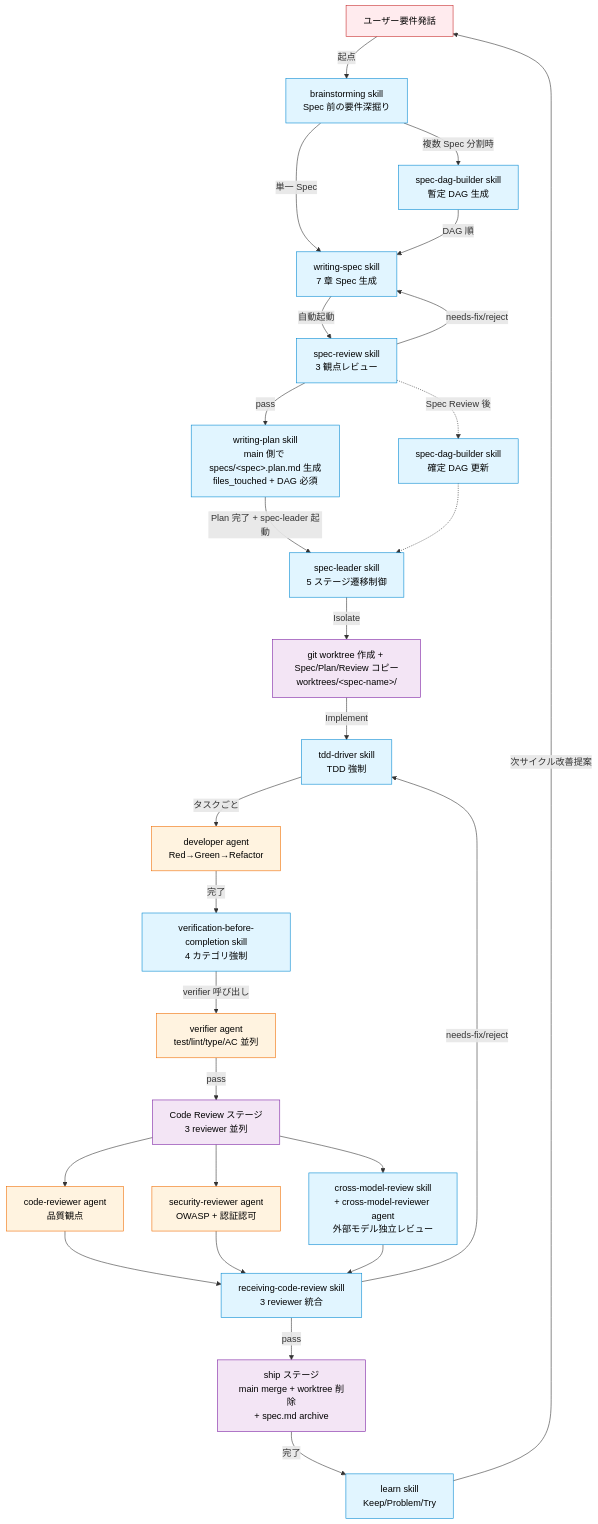
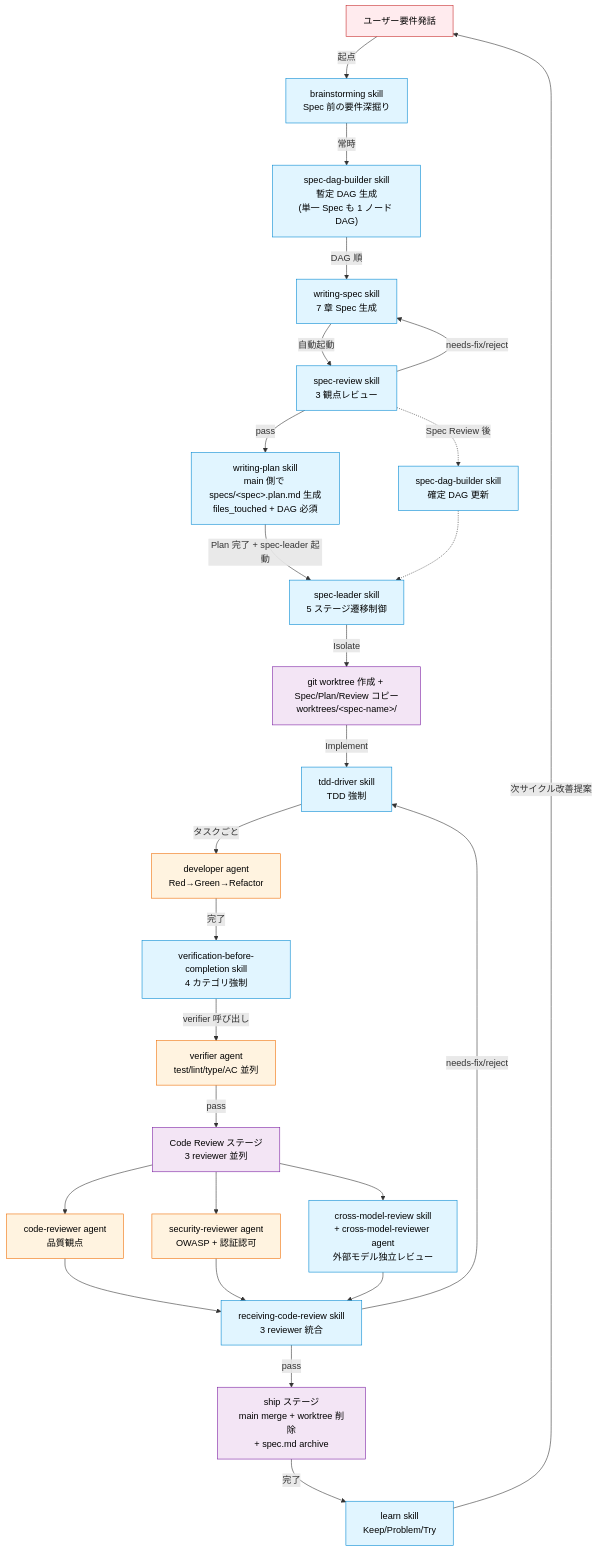
One commit to gassn/my-workflows changed the first of 4 diagrams in docs/components-map.md. Above: the diagram before and after it, drawn with Mermaid. The commit also changed other lines of this file and 2 other files, not shown here.

Commit message:
改修 D+E: spec-leader §5.1.1 DAG 順起動 + writing-spec dag.md 必須前提 + components-map 分岐削除

````diff
--- a/docs/components-map.md
+++ b/docs/components-map.md
@@ -52,46 +52,45 @@
 ```mermaid
 flowchart TD
     User[ユーザー要件発話] -->|起点| BS["brainstorming skill<br/>Spec 前の要件深掘り"]
-    BS -->|複数 Spec 分割時| DAG1["spec-dag-builder skill<br/>暫定 DAG 生成"]
-    BS -->|単一 Spec| WS["writing-spec skill<br/>7 章 Spec 生成"]
-    DAG1 -->|DAG 順| WS
+    BS -->|常時| DAG1["spec-dag-builder skill<br/>暫定 DAG 生成<br/>(単一 Spec も 1 ノード DAG)"]
+    DAG1 -->|DAG 順| WS["writing-spec skill<br/>7 章 Spec 生成"]
 
     WS -->|自動起動| SR["spec-review skill<br/>3 観点レビュー"]
     SR -->|needs-fix/reject| WS
     SR -->|pass| WP["writing-plan skill<br/>main 側で specs/&lt;spec&gt;.plan.md 生成<br/>files_touched + DAG 必須"]
     WP -->|Plan 完了 + spec-leader 起動| SL["spec-leader skill<br/>5 ステージ遷移制御"]
 
     SL -->|Isolate| ISO["git worktree 作成 + Spec/Plan/Review コピー<br/>worktrees/&lt;spec-name&gt;/"]
     ISO -->|Implement| TDD["tdd-driver skill<br/>TDD 強制"]
     TDD -->|タスクごと| DEV["developer agent<br/>Red→Green→Refactor"]
     DEV -->|完了| VB["verification-before-completion skill<br/>4 カテゴリ強制"]
     VB -->|verifier 呼び出し| VFR["verifier agent<br/>test/lint/type/AC 並列"]
     VFR -->|pass| CR["Code Review ステージ<br/>3 reviewer 並列"]
 
     CR --> CRV["code-reviewer agent<br/>品質観点"]
     CR --> SCV["security-reviewer agent<br/>OWASP + 認証認可"]
     CR --> XMV["cross-model-review skill<br/>+ cross-model-reviewer agent<br/>外部モデル独立レビュー"]
 
     CRV --> RCR
     SCV --> RCR
     XMV --> RCR["receiving-code-review skill<br/>3 reviewer 統合"]
 
     RCR -->|needs-fix/reject| TDD
     RCR -->|pass| SHIP["ship ステージ<br/>main merge + worktree 削除<br/>+ spec.md archive"]
 
     SHIP -->|完了| LRN["learn skill<br/>Keep/Problem/Try"]
     LRN -->|次サイクル改善提案| User
 
     SR -.Spec Review 後.-> DAG2["spec-dag-builder skill<br/>確定 DAG 更新"]
     DAG2 -.-> SL
 
     classDef skill fill:#e1f5ff,stroke:#0288d1,color:#000
     classDef agent fill:#fff3e0,stroke:#ef6c00,color:#000
     classDef stage fill:#f3e5f5,stroke:#7b1fa2,color:#000
     classDef external fill:#ffebee,stroke:#c62828,color:#000
 
     class BS,DAG1,DAG2,WS,SR,SL,WP,TDD,VB,XMV,RCR,LRN skill
     class DEV,VFR,CRV,SCV agent
     class ISO,CR,SHIP stage
     class User external
 ```
````
